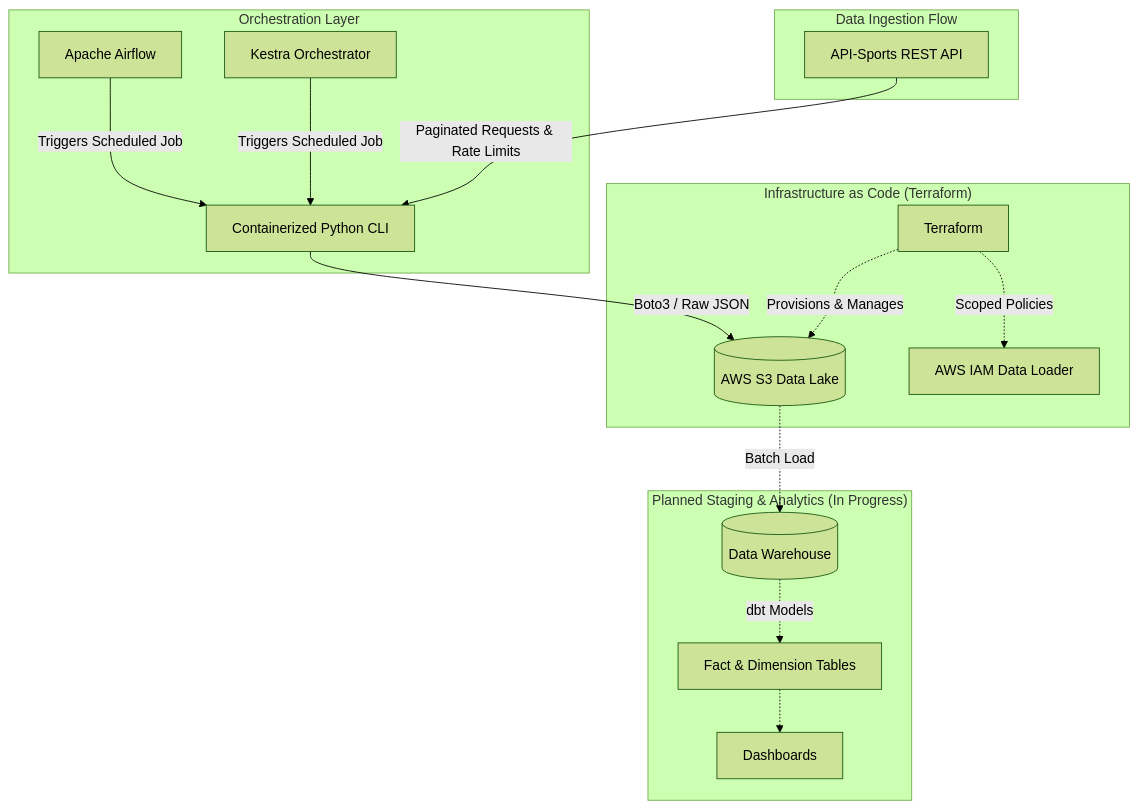
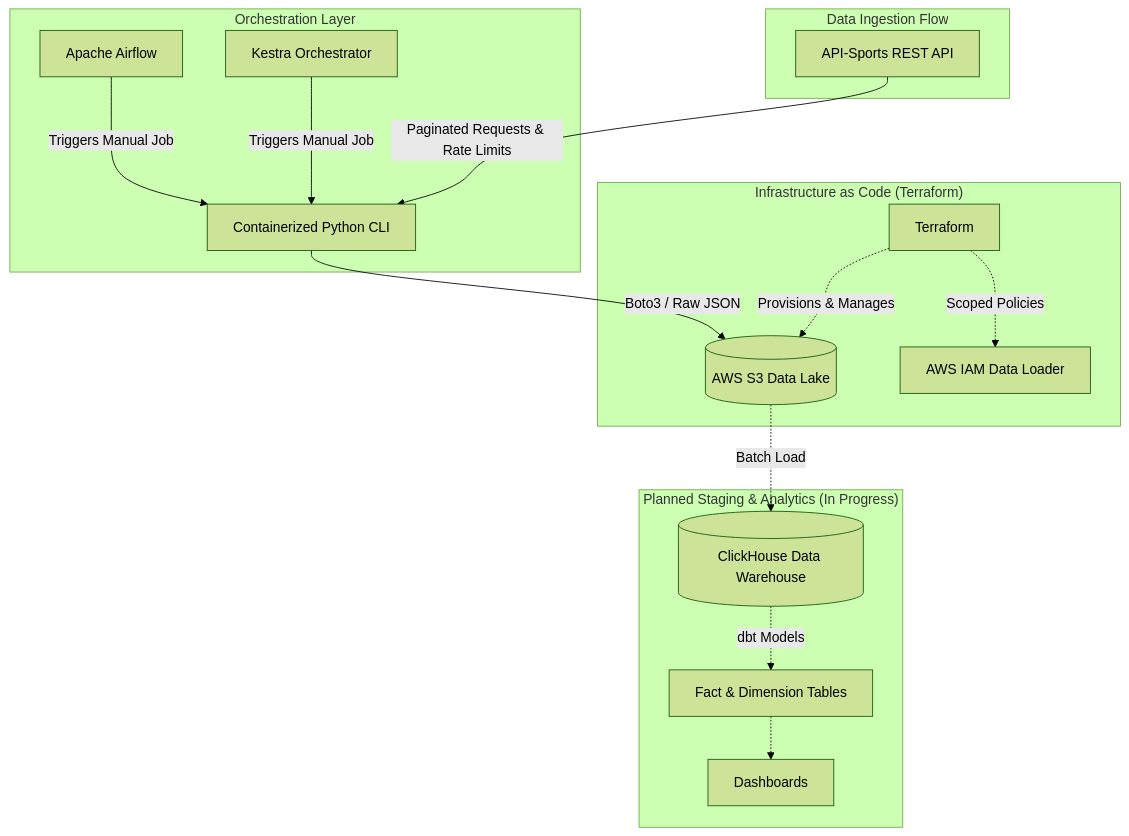
Before and after one commit to shdrn2402/football-data-pipeline: the diagram in README.md, drawn with Mermaid (forest theme). The commit also changed other lines of this file, not shown here.

````diff
--- a/README.md
+++ b/README.md
@@ -18,23 +18,23 @@
 ```mermaid
 flowchart TD
     subgraph Infrastructure ["Infrastructure as Code (Terraform)"]
         TF[Terraform] -.->|Provisions & Manages| S3[(AWS S3 Data Lake)]
         TF -.->|Scoped Policies| IAM[AWS IAM Data Loader]
     end
 
     subgraph Orchestration ["Orchestration Layer"]
-        Airflow[Apache Airflow] -->|Triggers Scheduled Job| IngestApp[Containerized Python CLI]
-        Kestra[Kestra Orchestrator] -->|Triggers Scheduled Job| IngestApp
+        Airflow[Apache Airflow] -->|Triggers Manual Job| IngestApp[Containerized Python CLI]
+        Kestra[Kestra Orchestrator] -->|Triggers Manual Job| IngestApp
     end
 
     subgraph DataFlow ["Data Ingestion Flow"]
         API[API-Sports REST API] -->|Paginated Requests & Rate Limits| IngestApp
         IngestApp -->|Boto3 / Raw JSON| S3
     end
 
     subgraph FutureScope ["Planned Staging & Analytics (In Progress)"]
-        S3 -.->|Batch Load| DWH[(Data Warehouse)]
+        S3 -.->|Batch Load| DWH[(ClickHouse Data Warehouse)]
         DWH -.->|dbt Models| Marts[Fact & Dimension Tables]
         Marts -.-> BI[Dashboards]
     end
 ```
````
